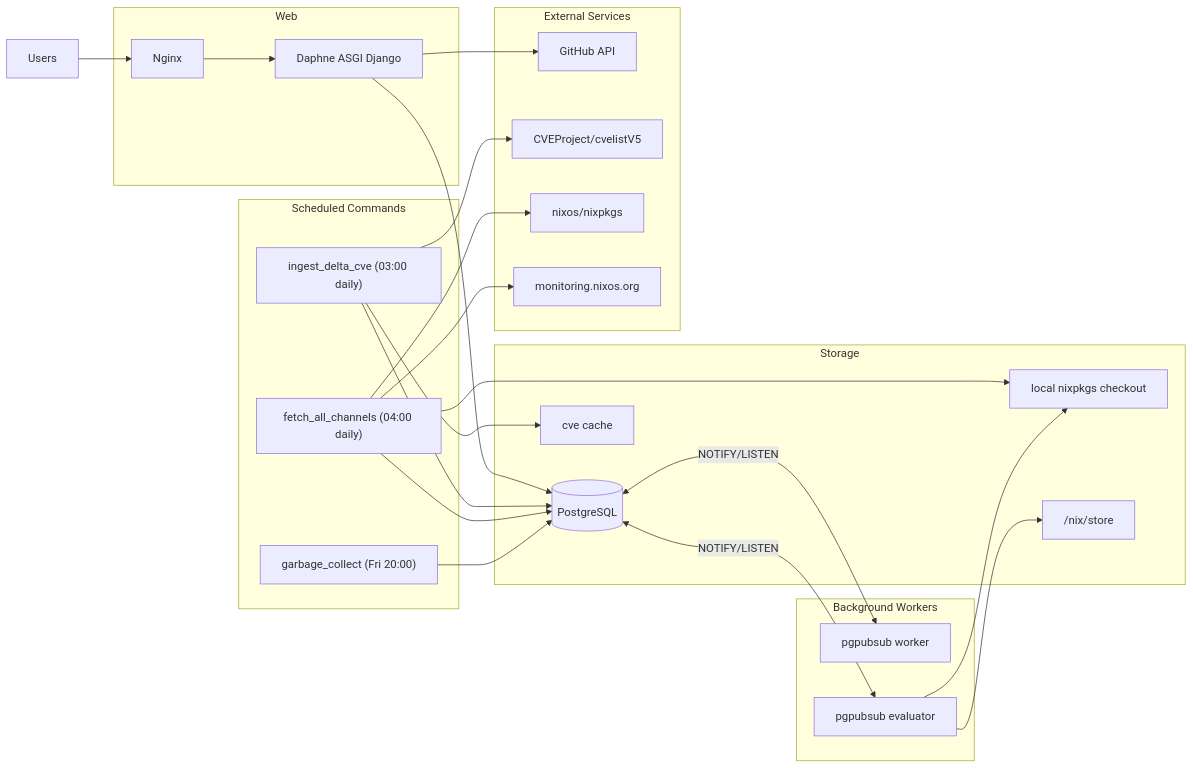
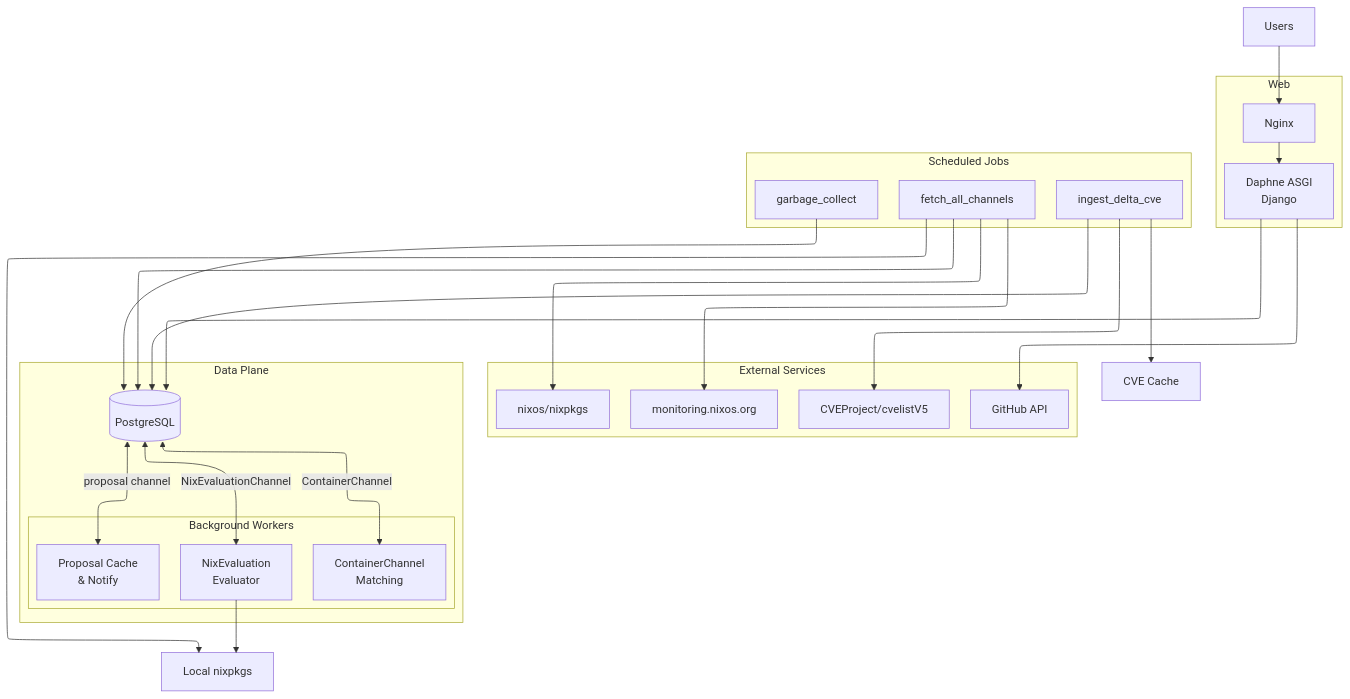
One commit to DarshanCode2005/nix-security-tracker changed the diagram in docs/architecture.mermaid. Above: the diagram before and after it, drawn with Mermaid.

Commit message:
chore: update the architecture.md with the issue desc and changes

```diff
--- a/docs/architecture.mermaid
+++ b/docs/architecture.mermaid
@@ -1,50 +1,84 @@
-flowchart LR
+---
+config:
+  layout: elk
+---
+flowchart TB
     Users[Users]
-
+    
     subgraph web [Web]
+        direction LR
         Nginx[Nginx]
-        DjangoAsgi["Daphne ASGI Django"]
+        DjangoAsgi["Daphne ASGI<br/>Django"]
     end
-
-    subgraph jobs [Scheduled Commands]
-        IngestDelta["ingest_delta_cve (03:00 daily)"]
-        FetchChannels["fetch_all_channels (04:00 daily)"]
-        GarbageCollect["garbage_collect (Fri 20:00)"]
+    
+    subgraph jobs [Scheduled Jobs]
+        direction LR
+        IngestDelta["ingest_delta_cve"]
+        FetchChannels["fetch_all_channels"]
+        GarbageCollect["garbage_collect"]
     end
-
-    subgraph workers [Background Workers]
-        Worker["pgpubsub worker"]
-        Evaluator["pgpubsub evaluator"]
+    
+    subgraph external [External Services]
+        direction LR
+        GitHubApi[GitHub API]
+        GitHubCve[CVEProject/cvelistV5]
+        GitHubNixpkgs[nixos/nixpkgs]
+        MonitoringApi[monitoring.nixos.org]
     end
-
-    subgraph storage [Storage]
+    
+    subgraph dataPlane [Data Plane]
+        direction TB
         Postgres[(PostgreSQL)]
-        NixpkgsRepo["local nixpkgs checkout"]
-        CveCache["cve cache"]
-        NixStore["/nix/store"]
+        
+        subgraph workers [Background Workers]
+            direction TB
+            MatchingListener["ContainerChannel<br/>Matching"]
+            CacheNotifyListener["Proposal Cache<br/>& Notify"]
+            Evaluator["NixEvaluation<br/>Evaluator"]
+        end
     end
-
-    subgraph external [External Services]
-        GitHubApi[GitHub API]
-        GitHubCve["CVEProject/cvelistV5"]
-        GitHubNixpkgs["nixos/nixpkgs"]
-        MonitoringApi["monitoring.nixos.org"]
-    end
-
-    Users --> Nginx --> DjangoAsgi --> Postgres
+    
+    CveCache["CVE Cache"]
+    NixpkgsRepo["Local nixpkgs"]
+    
+    Users --> Nginx --> DjangoAsgi
+    DjangoAsgi --> Postgres
     DjangoAsgi --> GitHubApi
-
+    
     IngestDelta --> GitHubCve
     IngestDelta --> CveCache
     IngestDelta --> Postgres
-
+    
     FetchChannels --> MonitoringApi
     FetchChannels --> GitHubNixpkgs
     FetchChannels --> NixpkgsRepo
     FetchChannels --> Postgres
+    
+    GarbageCollect --> Postgres
+    
+    Postgres <-->|ContainerChannel| MatchingListener
+    Postgres <-->|proposal channel| CacheNotifyListener
+    Postgres <-->|NixEvaluationChannel| Evaluator
+    Evaluator --> NixpkgsRepo
+    
+    classDef webGroup stroke #38bdf8, fill #f0f9ff
+    classDef jobGroup stroke #a3e635, fill #f7fee7
+    classDef externalGroup stroke #f87171, fill #fef2f2
+    classDef dataGroup stroke #2dd4bf, fill #f0fdfa
+    classDef workerGroup stroke #a78bfa, fill #f5f3ff
+    classDef storage stroke #facc15, fill #fefce8
+    
+    class web webGroup
+    class jobs jobGroup
+    class external externalGroup
+    class dataPlane dataGroup
+    class workers workerGroup
+    class Postgres,CveCache,NixpkgsRepo storage
 
-    Postgres <-->|"NOTIFY/LISTEN"| Worker
-    Postgres <-->|"NOTIFY/LISTEN"| Evaluator
-    Evaluator --> NixpkgsRepo
-    Evaluator --> NixStore
-    GarbageCollect --> Postgres
+    click DjangoAsgi "../src/project/asgi.py" "Daphne ASGI entrypoint"
+    click IngestDelta "../src/shared/management/commands/ingest_delta_cve.py" "ingest_delta_cve command"
+    click FetchChannels "../src/shared/management/commands/fetch_all_channels.py" "fetch_all_channels command"
+    click GarbageCollect "../src/shared/management/commands/garbage_collect.py" "garbage_collect command"
+    click MatchingListener "../src/shared/listeners/automatic_linkage.py" "ContainerChannel matching listener"
+    click CacheNotifyListener "../src/shared/listeners/cache_and_notify.py" "Proposal cache and notify listener"
+    click Evaluator "../src/shared/listeners/nix_evaluation.py" "NixEvaluation evaluator listener"
```
